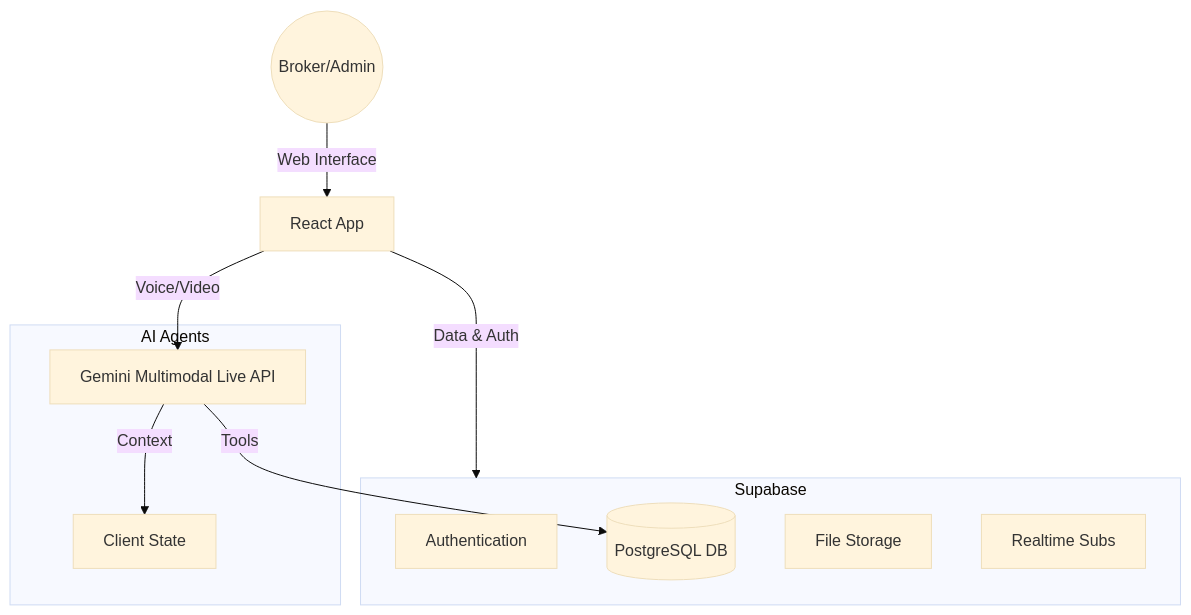
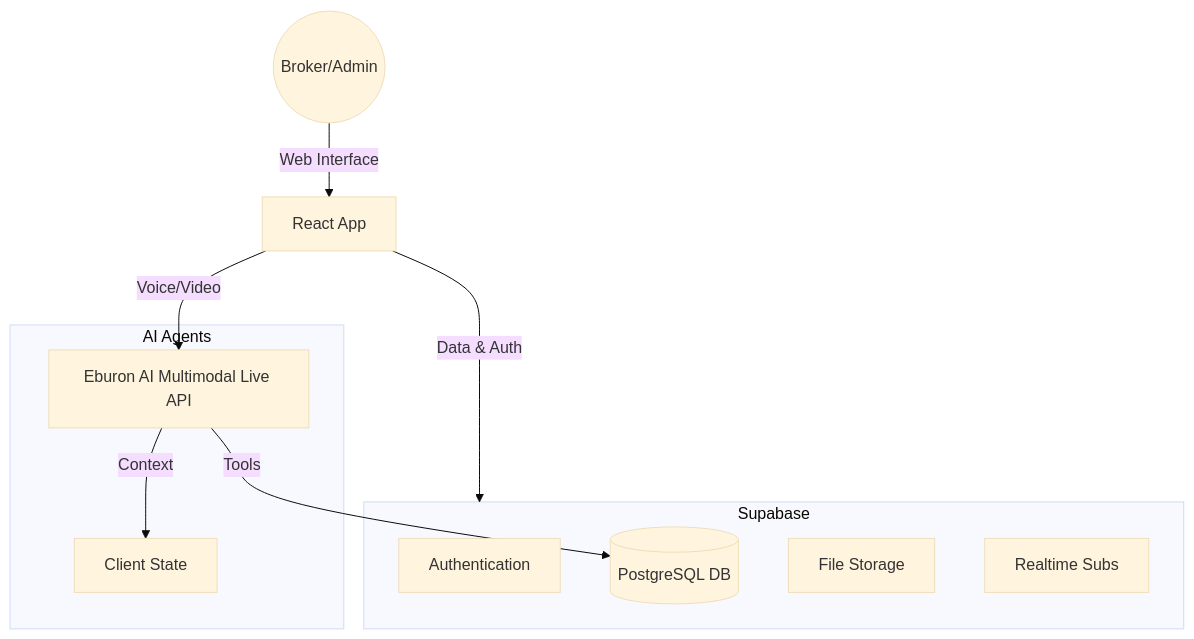
The diagram in ADMIN.md (panyeroa1/administration), drawn with Mermaid (base theme) before and after one commit. The commit also changed other lines of this file and 16 other files, not shown here.

Commit message:
Rename service files and update all Vapi/Gemini references to Eburon

````diff
--- a/ADMIN.md
+++ b/ADMIN.md
@@ -21,18 +21,18 @@
 ```mermaid
 graph TD
     User((Broker/Admin)) -->|Web Interface| App[React App]
     App -->|Data & Auth| Supabase[Supabase Platform]
-    App -->|Voice/Video| Gemini[Gemini Multimodal Live API]
+    App -->|Voice/Video| EburonAI[Eburon AI Multimodal Live API]
     
     subgraph Supabase
         Auth[Authentication]
         DB[(PostgreSQL DB)]
         Storage[File Storage]
         Realtime[Realtime Subs]
     end
 
     subgraph "AI Agents"
-        Gemini -->|Tools| DB
-        Gemini -->|Context| Browser[Client State]
+        EburonAI -->|Tools| DB
+        EburonAI -->|Context| Browser[Client State]
     end
 ```
````
